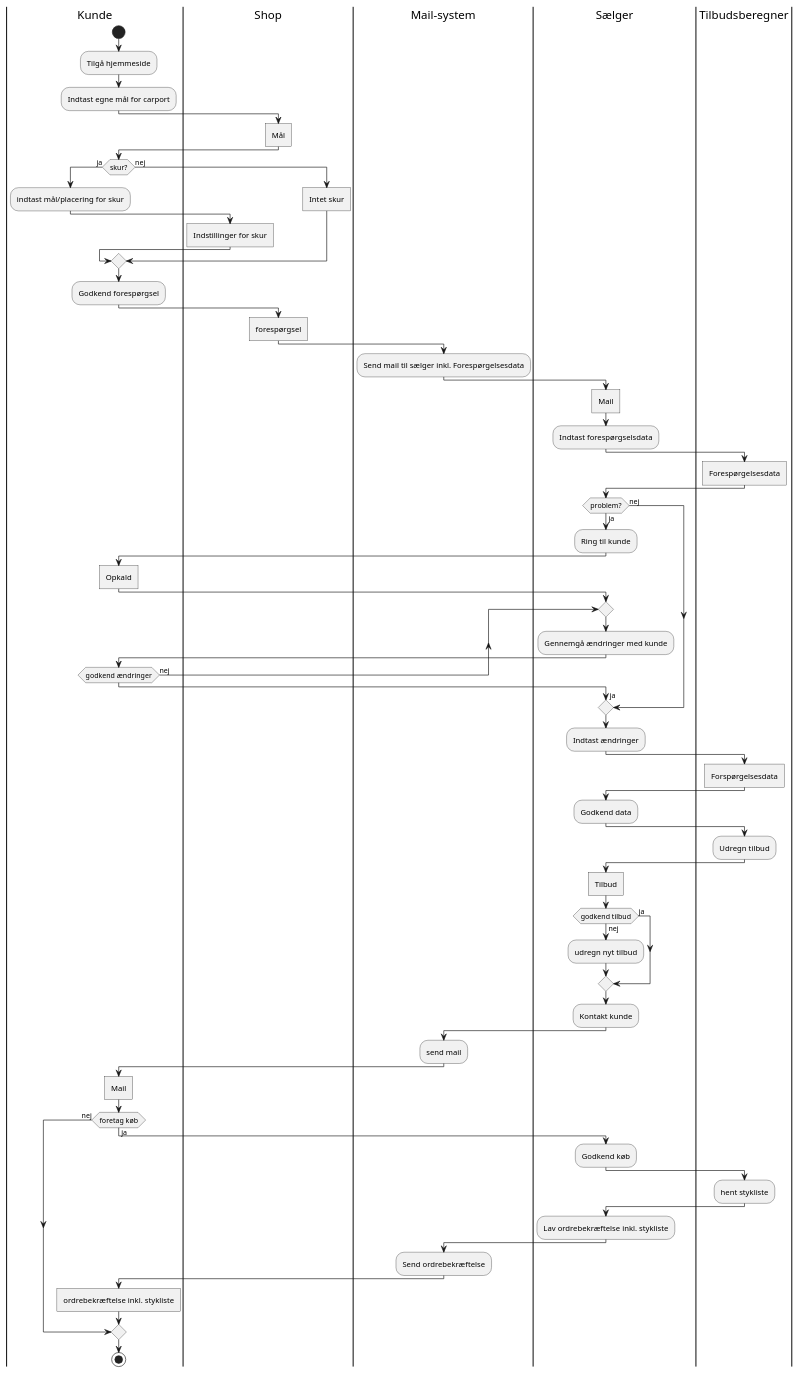
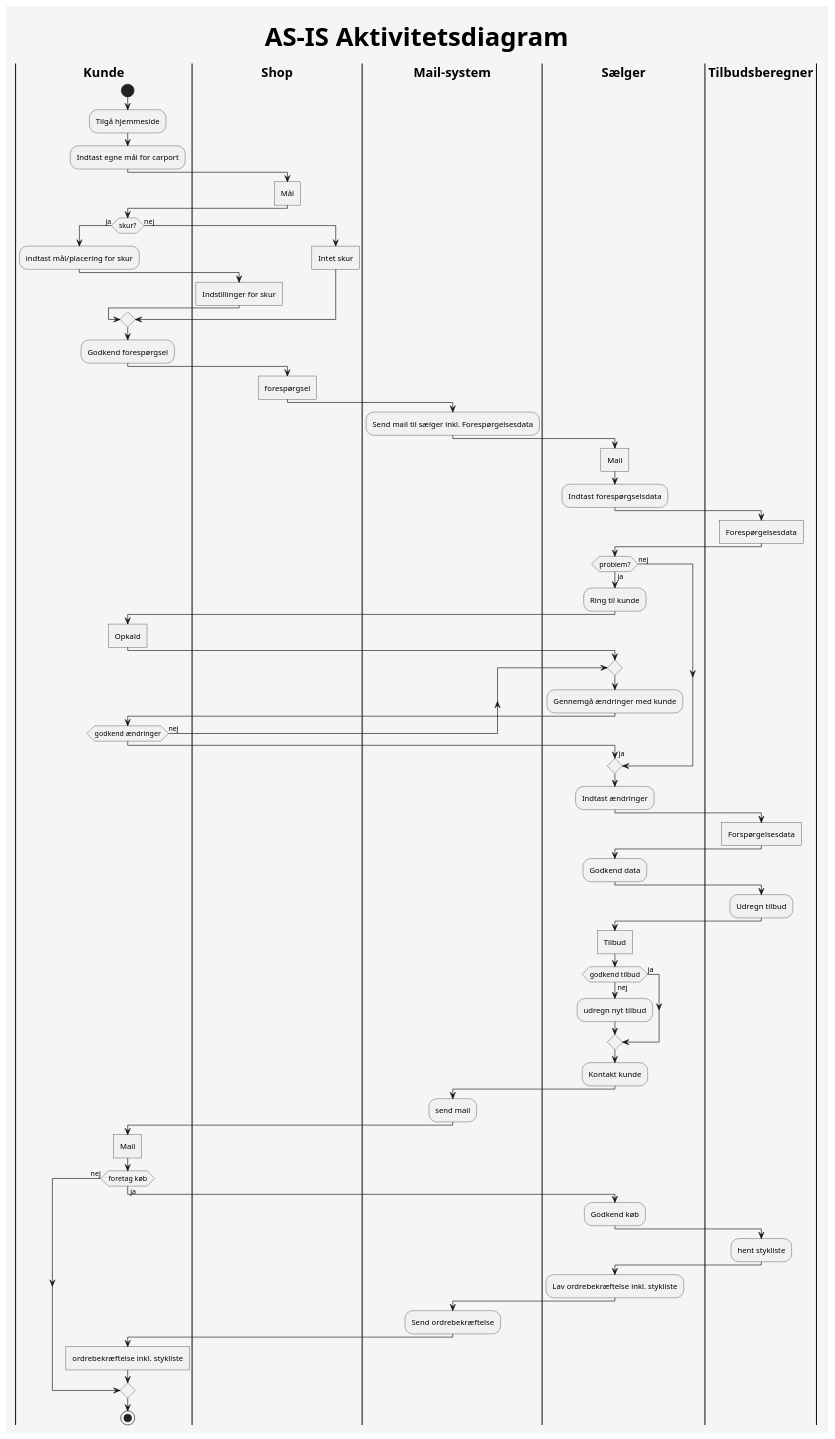
Before and after one commit to Laumh-exe/2SemEksamenOpgave: the diagram in doc/Analyse/Aktivitetsdiagram/Aktivitetsdiagram_As-is.puml, drawn with PlantUML. The commit also changed 1 other file, not shown here.

Commit message:
Aktivitetsdiagrammer opdateret

```diff
--- a/doc/Analyse/Aktivitetsdiagram/Aktivitetsdiagram_As-is.puml
+++ b/doc/Analyse/Aktivitetsdiagram/Aktivitetsdiagram_As-is.puml
@@ -1,79 +1,99 @@
 @startuml
 'https://plantuml.com/activity-diagram-beta
+skinparam BackgroundColor #f5f5f5
+<style>
+legend {
+    BackgroundColor #f5f5f5
+    FontColor black
+    FontSize 20
+}
+
+Title {
+    FontSize 40
+}
+
+Swimlane {
+    FontSize 20
+    FontStyle Bold
+}
+</style>
+
+Title: AS-IS Aktivitetsdiagram
+
 
 |Kunde|
 start
 :Tilgå hjemmeside;
 :Indtast egne mål for carport;
 |Shop|
 :Mål]
 |Kunde|
 if (skur?) is (ja) then
 :indtast mål/placering for skur;
 |Shop|
 :Indstillinger for skur]
 |Kunde|
 else (nej)
 |Shop|
 :Intet skur]
 endif
 |Kunde|
 :Godkend forespørgsel;
 |Shop|
 :forespørgsel]
 |Mail-system|
 :Send mail til sælger inkl. Forespørgelsesdata;
 |Sælger|
 :Mail]
 |Sælger|
 :Indtast forespørgselsdata;
 |Tilbudsberegner|
 :Forespørgelsesdata]
 |Sælger|
 if (problem?) is (ja) then
 :Ring til kunde;
 |Kunde|
 :Opkald]
 |Sælger|
 repeat
 :Gennemgå ændringer med kunde;
 |Kunde|
 repeat while (godkend ændringer) is (nej)
 -> ja;
 else (nej)
 endif
 |Sælger|
 :Indtast ændringer;
 |Tilbudsberegner|
 :Forspørgelsesdata]
 |Sælger|
 :Godkend data;
 |Tilbudsberegner|
 :Udregn tilbud;
 |Sælger|
 :Tilbud]
 if (godkend tilbud) is (nej) then
 :udregn nyt tilbud;
 else (ja)
 endif;
 :Kontakt kunde;
 |Mail-system|
 :send mail;
 |Kunde|
 :Mail]
 if (foretag køb) is (ja) then
 |Sælger|
 :Godkend køb;
 |Tilbudsberegner|
 :hent stykliste;
 |Sælger|
 :Lav ordrebekræftelse inkl. stykliste;
 |Mail-system|
 :Send ordrebekræftelse;
 |Kunde|
 :ordrebekræftelse inkl. stykliste]
 else (nej)
 endif
 stop
 
 @enduml
```
